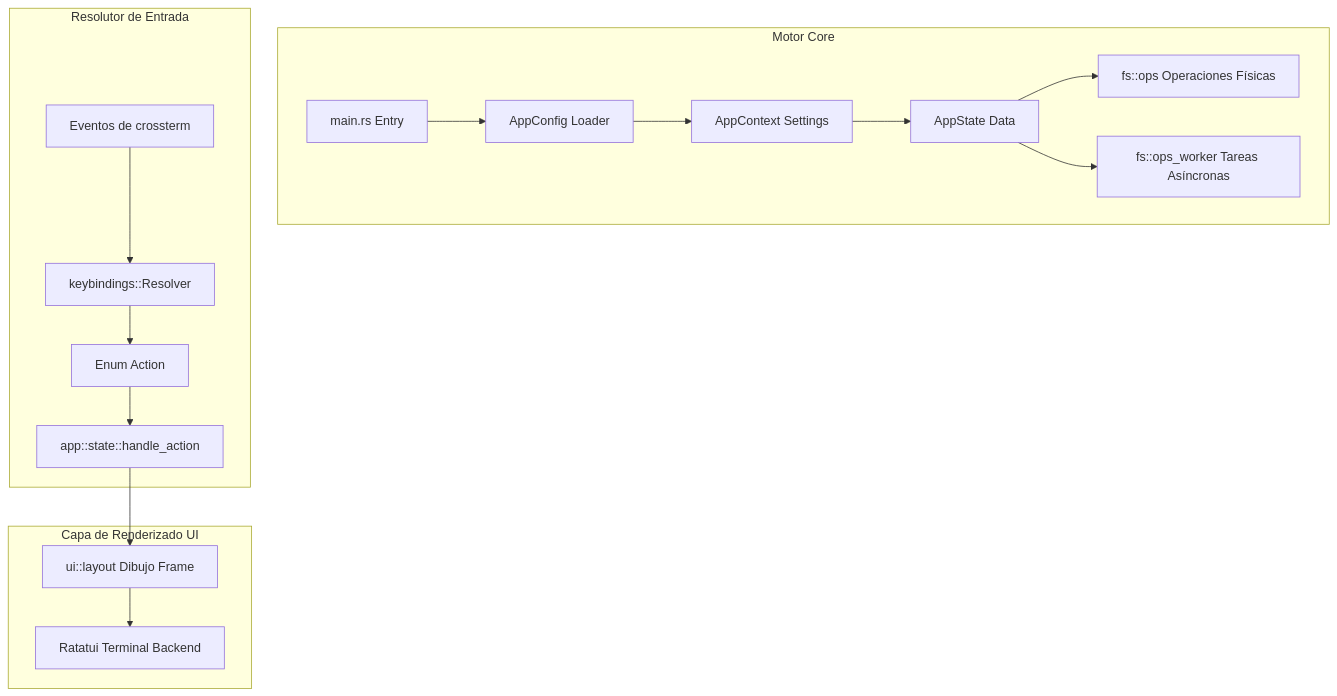
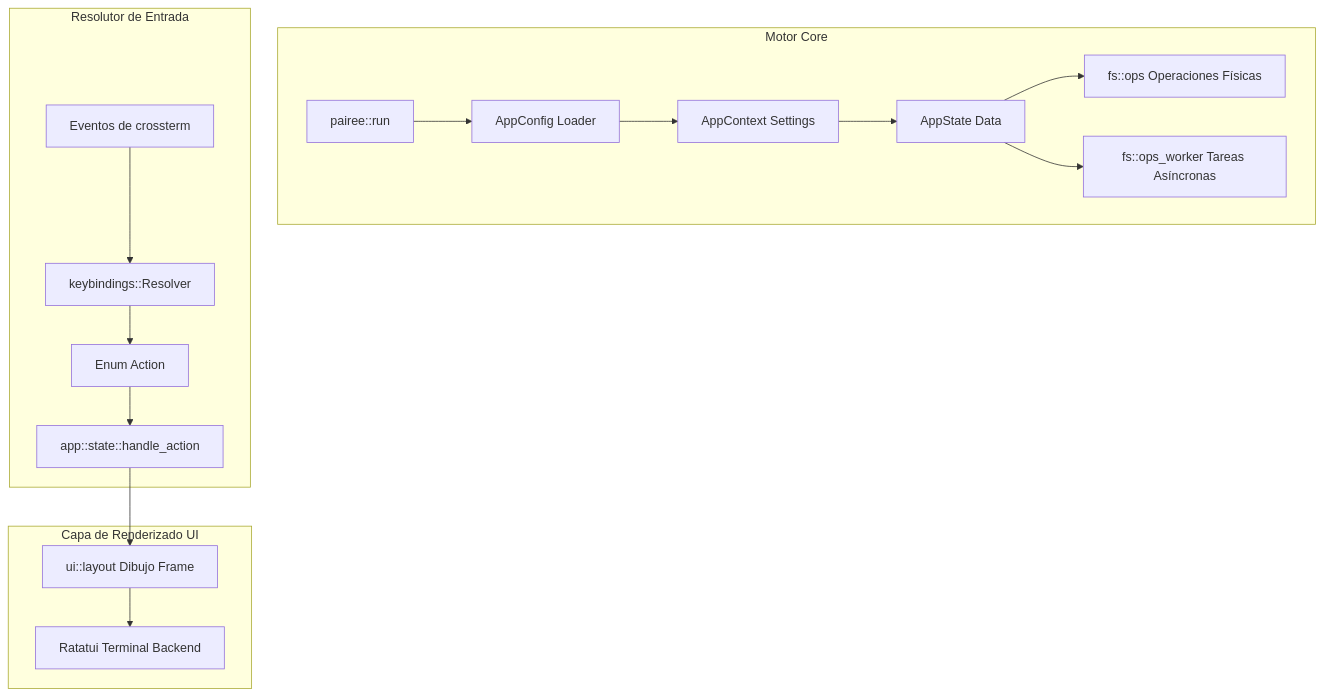
One commit to FittyAr/Pairee changed the first of 2 diagrams in docs/technical/architecture_es.md. Above: the diagram before and after it, drawn with Mermaid. The commit also changed other lines of this file and 12 other files, not shown here.

````diff
--- a/docs/technical/architecture_es.md
+++ b/docs/technical/architecture_es.md
@@ -11,19 +11,19 @@
 ```mermaid
 graph TD
     subgraph Motor Core
-        A[main.rs Entry] --> B[AppConfig Loader]
+        A[pairee::run] --> B[AppConfig Loader]
         B --> C[AppContext Settings]
         C --> D[AppState Data]
         D --> E[fs::ops Operaciones Físicas]
         D --> F[fs::ops_worker Tareas Asíncronas]
     end
     subgraph Resolutor de Entrada
         G[Eventos de crossterm] --> H[keybindings::Resolver]
         H --> I[Enum Action]
         I --> J[app::state::handle_action]
     end
     subgraph Capa de Renderizado UI
         J --> K[ui::layout Dibujo Frame]
         K --> L[Ratatui Terminal Backend]
     end
 ```
````
